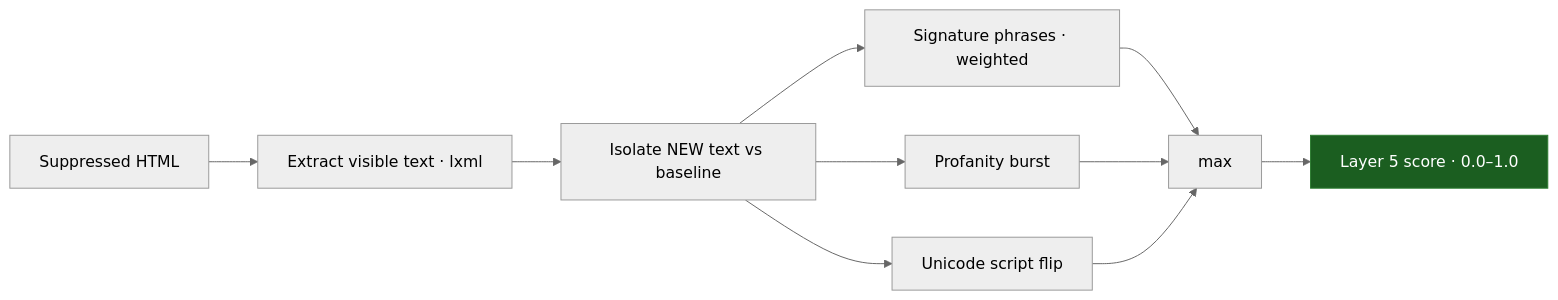
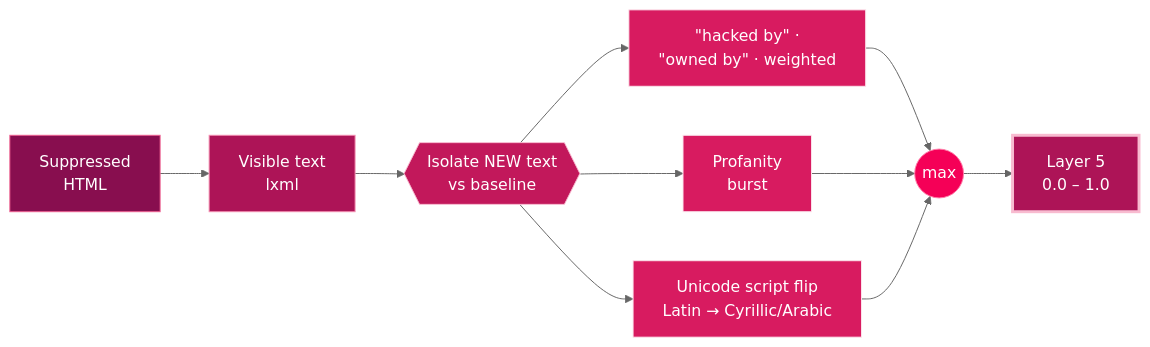
The diagram in docs/layers/5-signatures.mdx (Ns81000/WARDRESS), drawn with Mermaid (neutral theme) before and after one commit. The commit also changed 10 other files, not shown here.

Commit message:
docs: add comprehensive documentation for the Wardress detection layers and system architecture.

````diff
--- a/docs/layers/5-signatures.mdx
+++ b/docs/layers/5-signatures.mdx
@@ -15,15 +15,17 @@
 ```mermaid
 flowchart LR
-    HTML[Suppressed HTML] --> VT[Extract visible text · lxml]
-    VT --> NT[Isolate NEW text vs baseline]
-    NT --> SIG[Signature phrases · weighted]
-    NT --> PR[Profanity burst]
-    NT --> SF[Unicode script flip]
-    SIG --> M[max]
-    PR --> M
-    SF --> M
-    M --> OUT[Layer 5 score · 0.0–1.0]
+    HTML["Suppressed<br/>HTML"]:::in --> VT["Visible text<br/>lxml"]:::node
+    VT --> NT{{"Isolate NEW text<br/>vs baseline"}}:::gate
+    NT --> SIG["&quot;hacked by&quot; ·<br/>&quot;owned by&quot; · weighted"]:::probe
+    NT --> PR["Profanity<br/>burst"]:::probe
+    NT --> SF["Unicode script flip<br/>Latin → Cyrillic/Arabic"]:::probe
+    SIG & PR & SF --> M(("max")):::pick
+    M --> OUT["Layer 5<br/>0.0 – 1.0"]:::out
 
-    classDef out fill:#1b5e20,stroke:#2e7d32,color:#fff;
-    class OUT out;
+    classDef in fill:#880e4f,stroke:#f06292,color:#fff;
+    classDef node fill:#ad1457,stroke:#f48fb1,color:#fff;
+    classDef gate fill:#c2185b,stroke:#f8bbd0,color:#fff;
+    classDef probe fill:#d81b60,stroke:#fce4ec,color:#fff;
+    classDef pick fill:#f50057,stroke:#ff80ab,color:#fff;
+    classDef out fill:#ad1457,stroke:#f8bbd0,color:#fff,stroke-width:3px;
 ```
````
